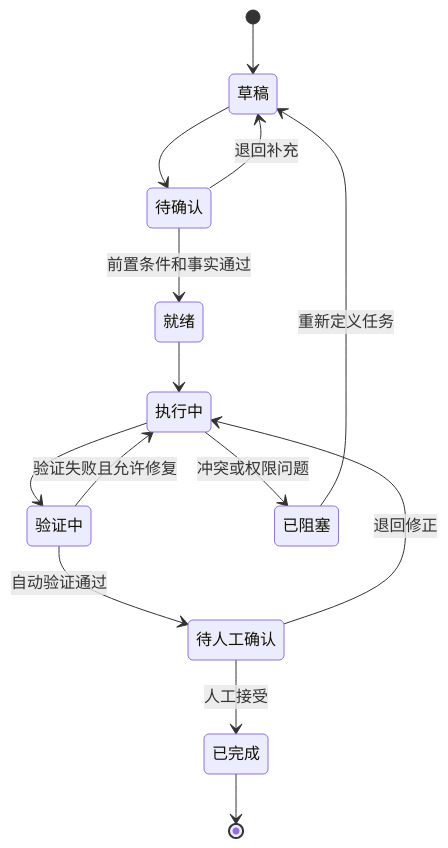
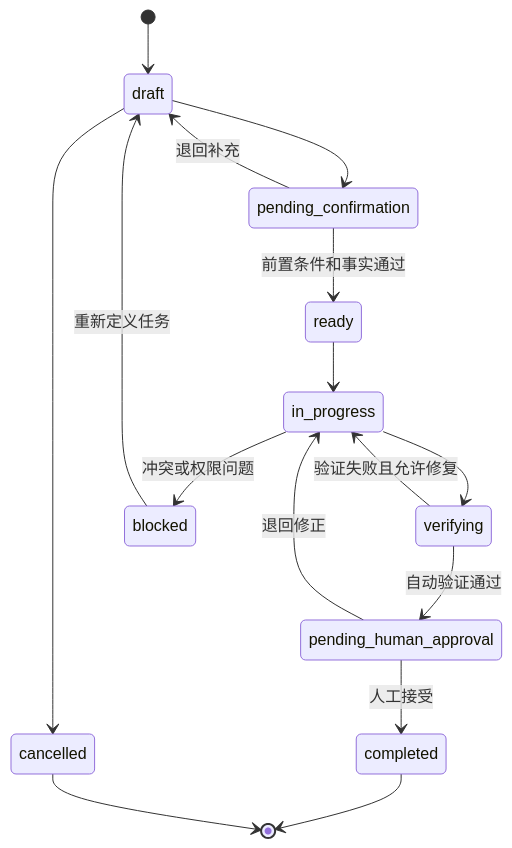
One commit to zhidao-studio/ai-product-engineering-framework changed the diagram in 04_Context工程/任务Context-Pack规范.md. Above: the diagram before and after it, drawn with Mermaid. The commit also changed other lines of this file, not shown here.

````diff
--- a/04_Context工程/任务Context-Pack规范.md
+++ b/04_Context工程/任务Context-Pack规范.md
@@ -248,16 +257,18 @@
 ```mermaid
 stateDiagram-v2
-    [*] --> 草稿
-    草稿 --> 待确认
-    待确认 --> 就绪: 前置条件和事实通过
-    待确认 --> 草稿: 退回补充
-    就绪 --> 执行中
-    执行中 --> 验证中
-    验证中 --> 执行中: 验证失败且允许修复
-    验证中 --> 待人工确认: 自动验证通过
-    待人工确认 --> 已完成: 人工接受
-    待人工确认 --> 执行中: 退回修正
-    执行中 --> 已阻塞: 冲突或权限问题
-    已阻塞 --> 草稿: 重新定义任务
-    已完成 --> [*]
+    [*] --> draft
+    draft --> pending_confirmation
+    pending_confirmation --> ready: 前置条件和事实通过
+    pending_confirmation --> draft: 退回补充
+    ready --> in_progress
+    in_progress --> verifying
+    verifying --> in_progress: 验证失败且允许修复
+    verifying --> pending_human_approval: 自动验证通过
+    pending_human_approval --> completed: 人工接受
+    pending_human_approval --> in_progress: 退回修正
+    in_progress --> blocked: 冲突或权限问题
+    blocked --> draft: 重新定义任务
+    draft --> cancelled
+    completed --> [*]
+    cancelled --> [*]
 ```
````
